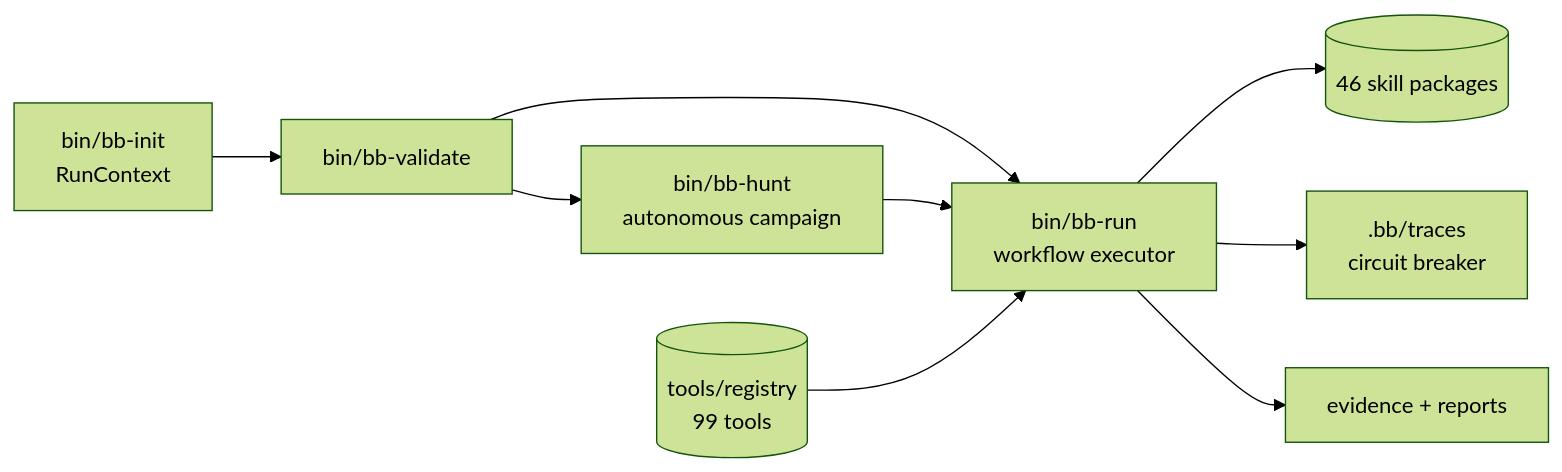
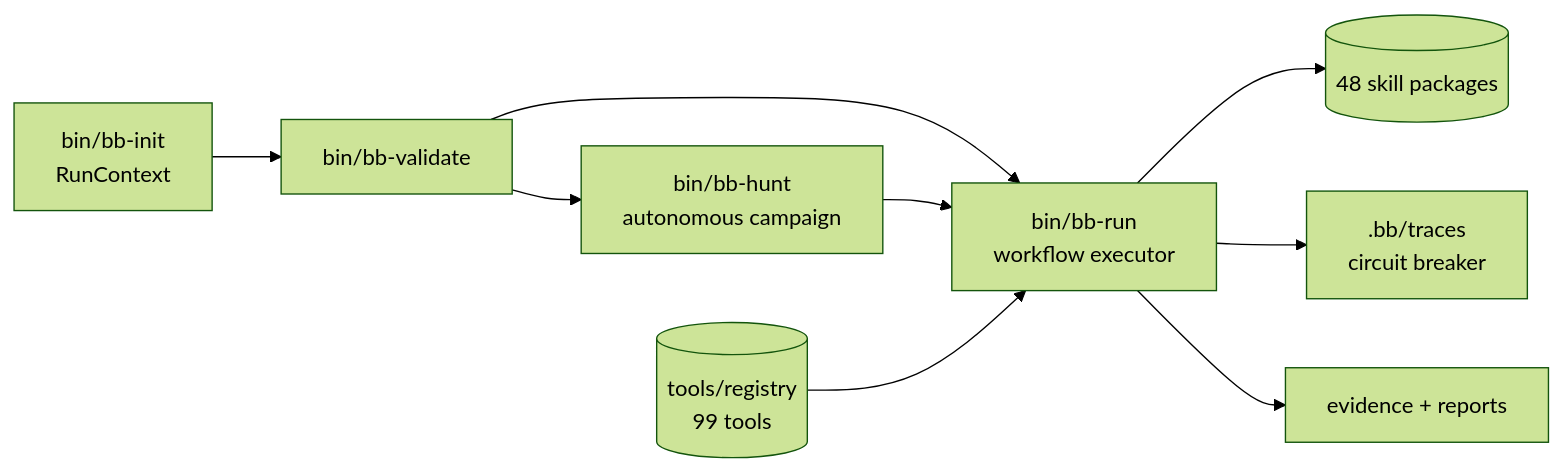
Before and after one commit to ANKIT48274/BountyHarness: the diagram in README.md, drawn with Mermaid (forest theme). The commit also changed other lines of this file and 127 other files, not shown here.

````diff
--- a/README.md
+++ b/README.md
@@ -37,11 +45,11 @@
 ```mermaid
 flowchart LR
     A[bin/bb-init<br/>RunContext] --> B[bin/bb-validate]
     B --> C[bin/bb-run<br/>workflow executor]
-    C --> D[(46 skill packages)]
+    C --> D[(48 skill packages)]
     B --> E[bin/bb-hunt<br/>autonomous campaign]
     E --> C
     C --> F[.bb/traces<br/>circuit breaker]
     C --> G[evidence + reports]
     H[(tools/registry<br/>99 tools)] --> C
 ```
````
